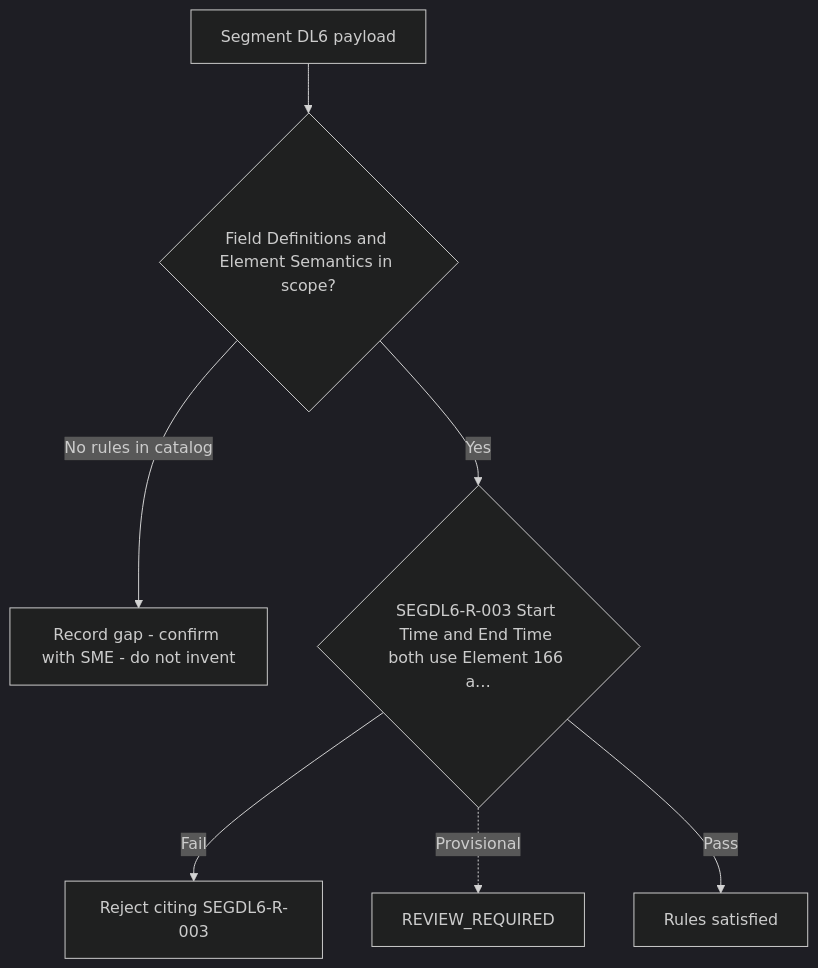
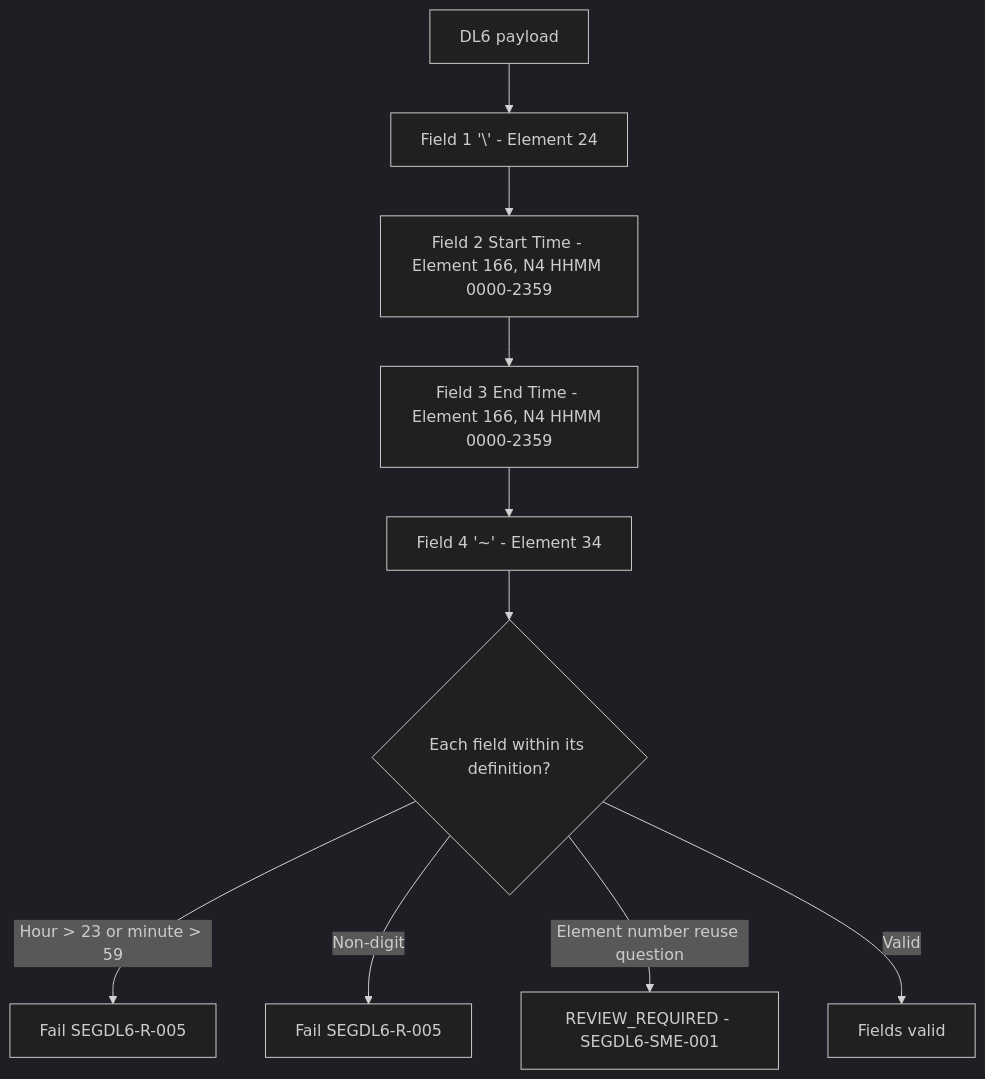
One commit to DhanSingh-hub/core-auth-ai-validation-framework changed the diagram in regression-artifact-validator/specifications/ATL105/docs/specs/kb/segment-DL6/field-definitions-flow.md. Above: the diagram before and after it, drawn with Mermaid (dark theme). The commit also changed other lines of this file and 28 other files, not shown here.

````diff
--- a/regression-artifact-validator/specifications/ATL105/docs/specs/kb/segment-DL6/field-definitions-flow.md
+++ b/regression-artifact-validator/specifications/ATL105/docs/specs/kb/segment-DL6/field-definitions-flow.md
@@ -3,9 +3,12 @@
 ```mermaid
 flowchart TD
-    A[Segment DL6 payload] --> B{Field Definitions and Element Semantics in scope?}
-    B -->|No rules in catalog| G[Record gap - confirm with SME - do not invent]
-    B -->|Yes| R1{SEGDL6-R-003 Start Time and End Time both use Element 166 a…}
-    R1 -->|Fail| X1[Reject citing SEGDL6-R-003]
-    R1 -.->|Provisional| P1[REVIEW_REQUIRED]
-    R1 -->|Pass| Z[Rules satisfied]
+    A[DL6 payload] --> F1["Field 1 '\' - Element 24"]
+    F1 --> F2[Field 2 Start Time - Element 166, N4 HHMM 0000-2359]
+    F2 --> F3[Field 3 End Time - Element 166, N4 HHMM 0000-2359]
+    F3 --> F4["Field 4 '~' - Element 34"]
+    F4 --> Q{Each field within its definition?}
+    Q -->|Hour > 23 or minute > 59| X5[Fail SEGDL6-R-005]
+    Q -->|Non-digit| X5b[Fail SEGDL6-R-005]
+    Q -->|Element number reuse question| R1[REVIEW_REQUIRED - SEGDL6-SME-001]
+    Q -->|Valid| OK[Fields valid]
 ```
````
